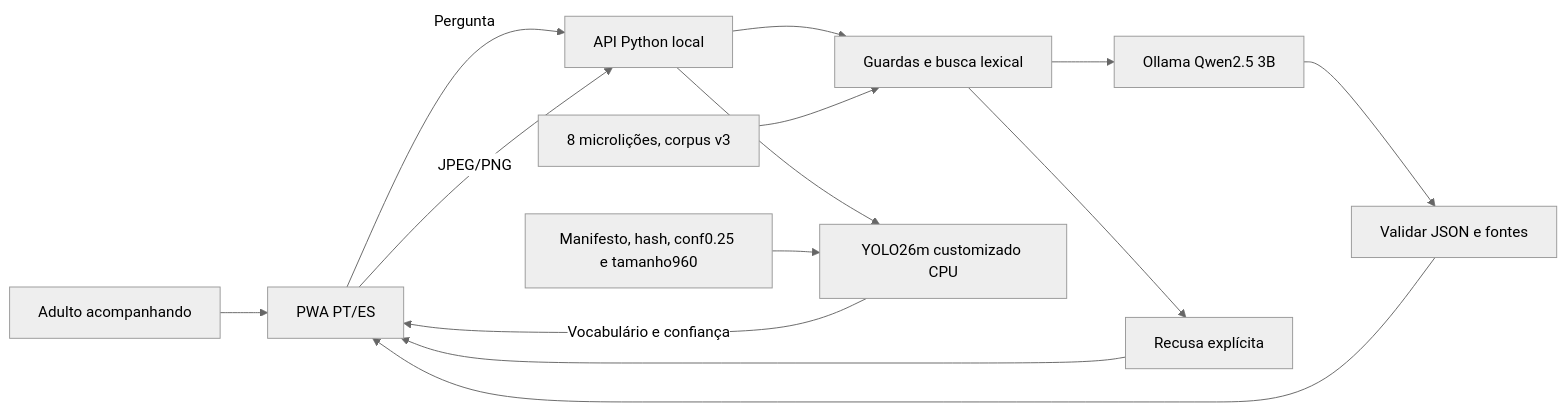
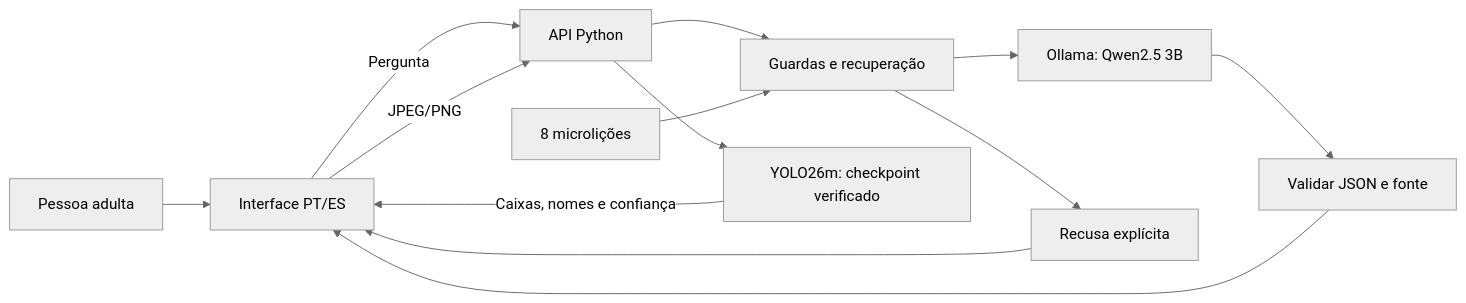
Before and after one commit to Acolhe-Projeto/Acolhe---GS8: the first of 2 diagrams in docs/PRD_GENAI_VISION.md, drawn with Mermaid (neutral theme). The commit also changed other lines of this file and 53 other files, not shown here.

````diff
--- a/docs/PRD_GENAI_VISION.md
+++ b/docs/PRD_GENAI_VISION.md
@@ -18,16 +28,15 @@
 ```mermaid
 flowchart LR
-    Adulto[Adulto acompanhando] --> UI[PWA PT/ES]
-    UI -->|Pergunta| API[API Python local]
-    API --> G[Guardas e busca lexical]
-    C[8 microlições, corpus v3] --> G
-    G --> L[Ollama Qwen2.5 3B]
-    L --> J[Validar JSON e fontes]
-    J --> UI
-    G --> R[Recusa explícita]
-    R --> UI
+    Pessoa[Pessoa adulta] --> UI[Interface PT/ES]
+    UI -->|Pergunta| API[API Python]
+    API --> Busca[Guardas e recuperação]
+    Base[8 microlições] --> Busca
+    Busca --> LLM[Ollama: Qwen2.5 3B]
+    LLM --> Validar[Validar JSON e fonte]
+    Validar --> UI
+    Busca --> Recusa[Recusa explícita]
+    Recusa --> UI
     UI -->|JPEG/PNG| API
-    API --> V[YOLO26m customizado CPU]
-    M[Manifesto, hash, conf0.25 e tamanho960] --> V
-    V -->|Vocabulário e confiança| UI
+    API --> Detector[YOLO26m: checkpoint verificado]
+    Detector -->|Caixas, nomes e confiança| UI
 ```
````
